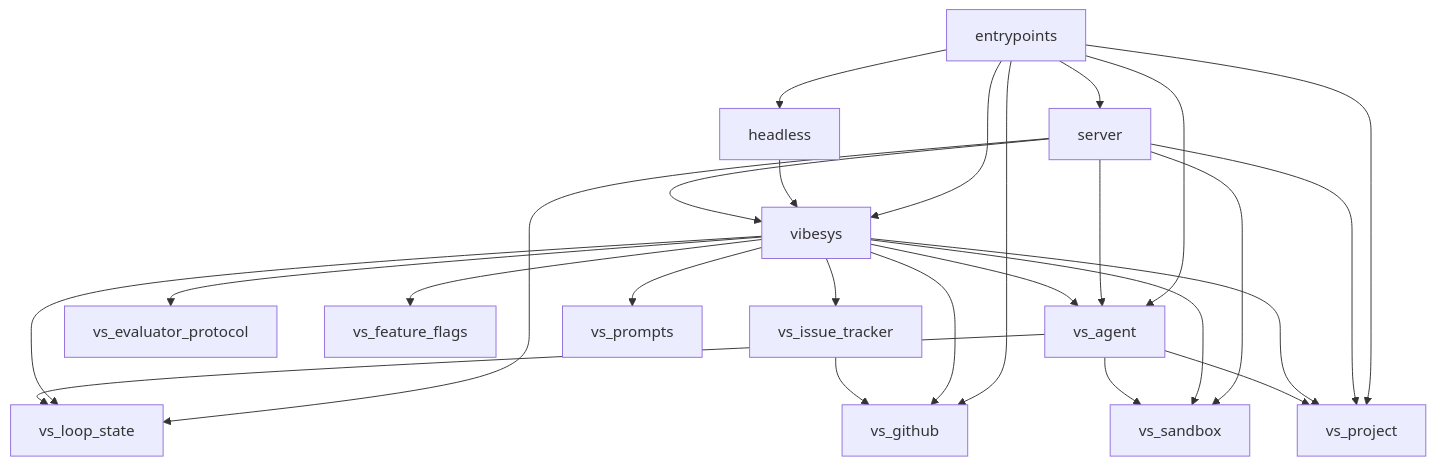
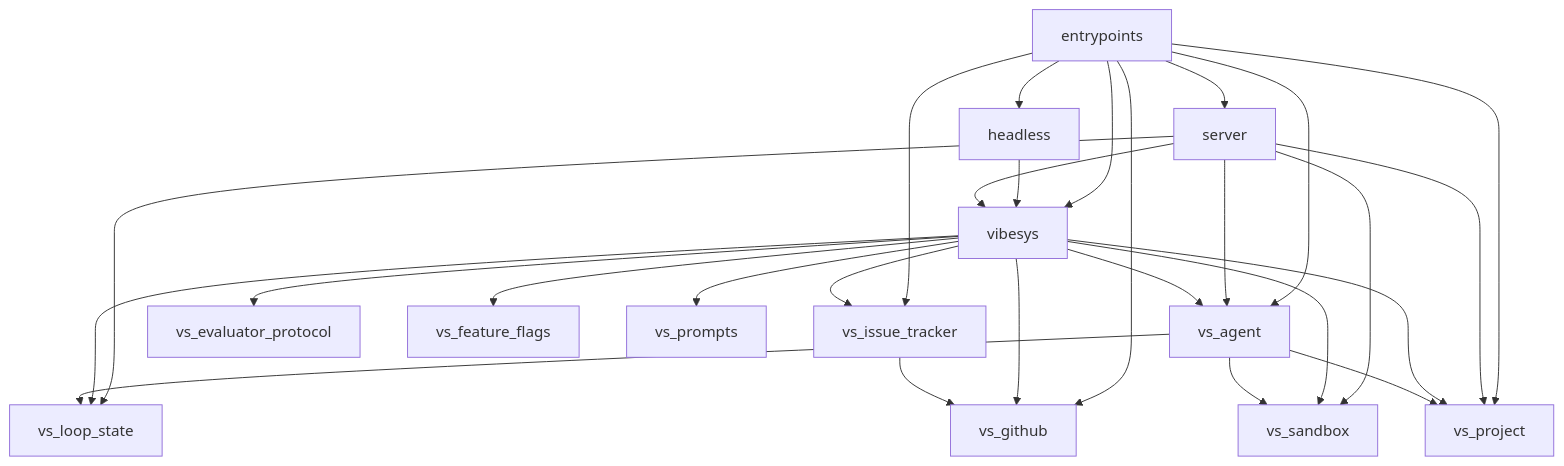
One commit to uw-syfi/vibesys changed the first of 3 diagrams in docs/contributing/architecture.md. Above: the diagram before and after it, drawn with Mermaid. The commit also changed other lines of this file and 26 other files, not shown here.

Commit message:
refactor: encapsulate issue tracker backends

````diff
--- a/docs/contributing/architecture.md
+++ b/docs/contributing/architecture.md
@@ -38,28 +38,29 @@
 ```mermaid
 graph TD
     entrypoints --> headless
     entrypoints --> server
     entrypoints --> vibesys
     entrypoints --> vs_agent
     entrypoints --> vs_github
+    entrypoints --> vs_issue_tracker
     entrypoints --> vs_project
     headless --> vibesys
     server --> vibesys
     server --> vs_agent
     server --> vs_loop_state
     server --> vs_project
     server --> vs_sandbox
     vibesys --> vs_agent
     vibesys --> vs_evaluator_protocol
     vibesys --> vs_feature_flags
     vibesys --> vs_github
     vibesys --> vs_issue_tracker
     vibesys --> vs_loop_state
     vibesys --> vs_project
     vibesys --> vs_prompts
     vibesys --> vs_sandbox
     vs_agent --> vs_loop_state
     vs_agent --> vs_project
     vs_agent --> vs_sandbox
     vs_issue_tracker --> vs_github
 ```
````
